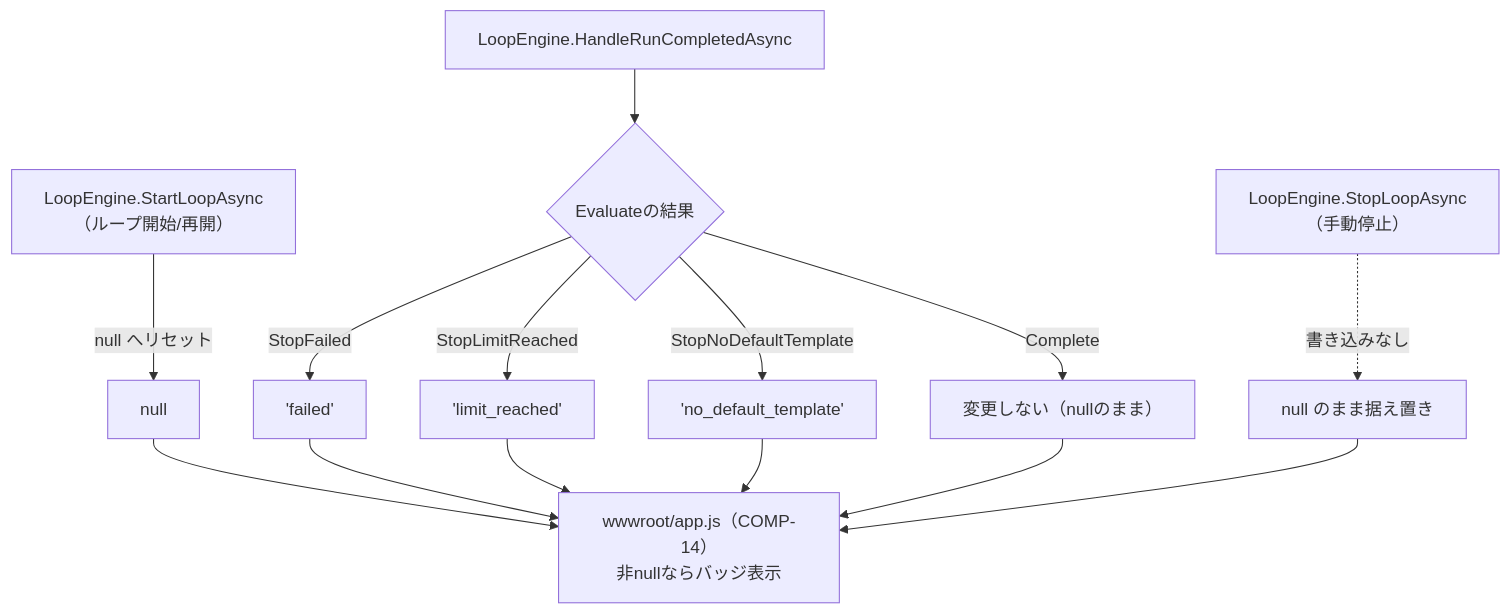
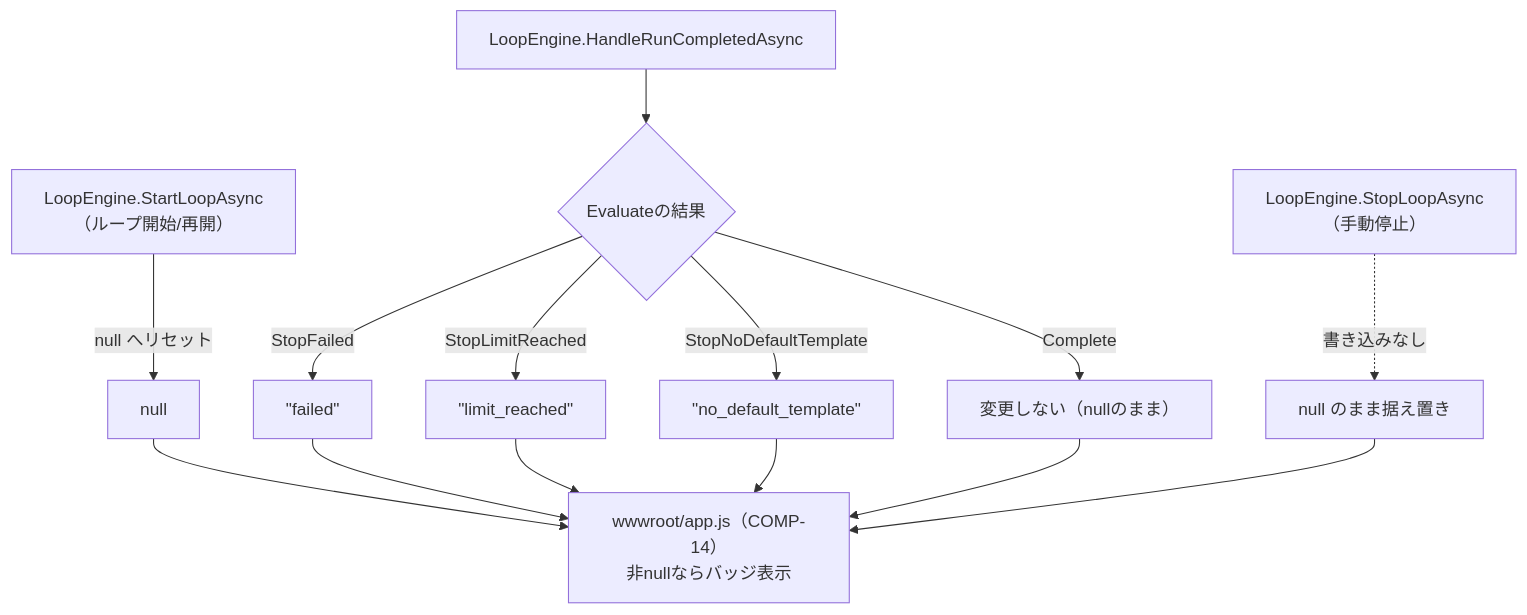
The diagram in docs/03_function_design/function_design.md (SanghunIm1991/claudeCodeGUI), drawn with Mermaid before and after one commit. The commit also changed other lines of this file, not shown here.

Commit message:
[claude] 関数設計(可読性) COMP-01ラウンド1の軽微指摘2件を修正

````diff
--- a/docs/03_function_design/function_design.md
+++ b/docs/03_function_design/function_design.md
@@ -49,17 +49,17 @@
 ```mermaid
 flowchart TD
     Start["LoopEngine.StartLoopAsync\n（ループ開始/再開）"] -->|null へリセット| ValNull["null"]
     HandleRC["LoopEngine.HandleRunCompletedAsync"] --> Eval{"Evaluateの結果"}
-    Eval -->|StopFailed| ValFailed["'failed'"]
-    Eval -->|StopLimitReached| ValLimit["'limit_reached'"]
-    Eval -->|StopNoDefaultTemplate| ValNoTpl["'no_default_template'"]
+    Eval -->|StopFailed| ValFailed["&quot;failed&quot;"]
+    Eval -->|StopLimitReached| ValLimit["&quot;limit_reached&quot;"]
+    Eval -->|StopNoDefaultTemplate| ValNoTpl["&quot;no_default_template&quot;"]
     Eval -->|Complete| ValUnchanged["変更しない（nullのまま）"]
     Stop["LoopEngine.StopLoopAsync\n（手動停止）"] -.->|書き込みなし| ValKeep["null のまま据え置き"]
 
     ValNull --> Read["wwwroot/app.js（COMP-14）\n非nullならバッジ表示"]
     ValFailed --> Read
     ValLimit --> Read
     ValNoTpl --> Read
     ValUnchanged --> Read
     ValKeep --> Read
 ```
````
